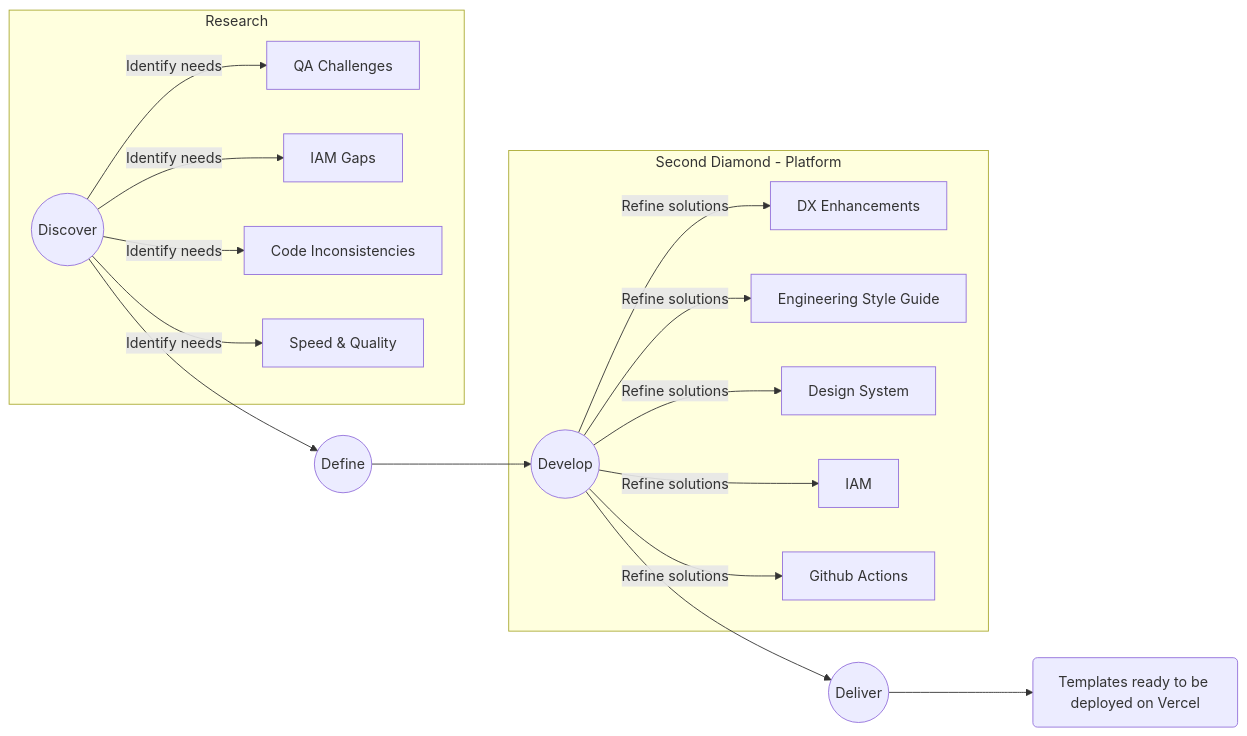
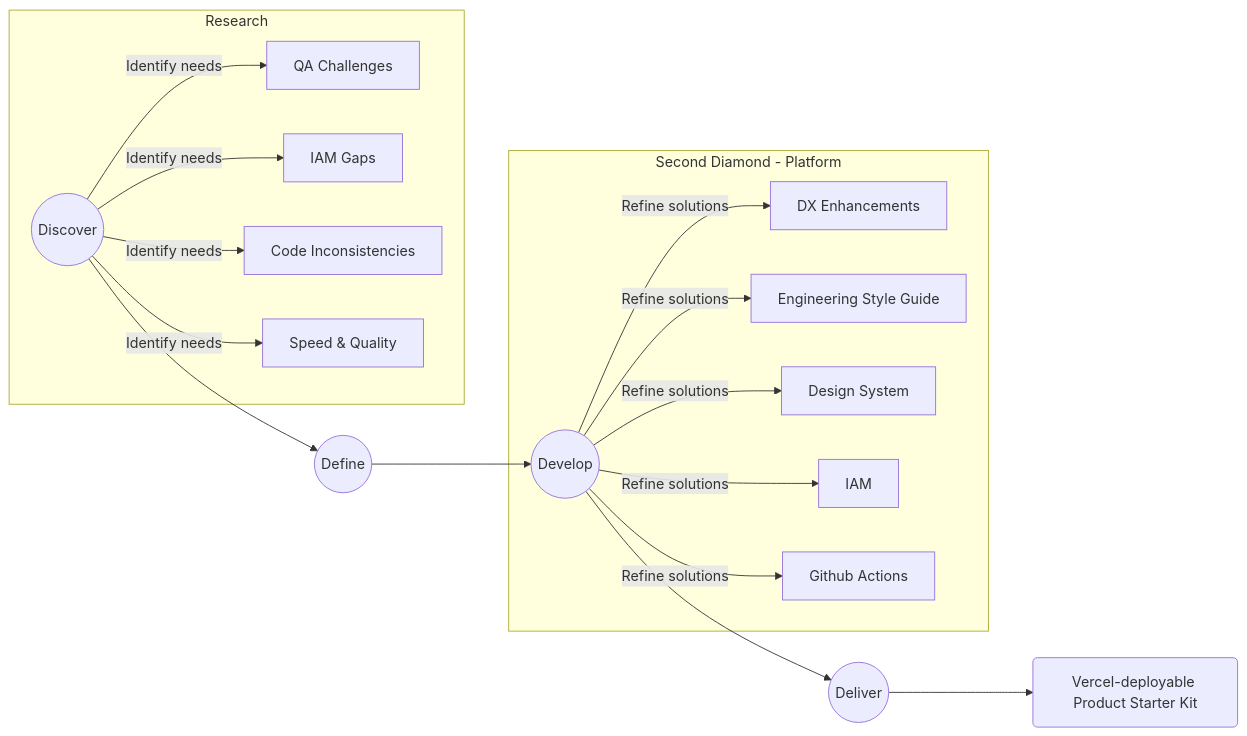
The third of 3 diagrams in Writerside/topics/Case-Study.md (Kurocado-Studio/platform), drawn with Mermaid before and after one commit. The commit also changed other lines of this file and 25 other files, not shown here.

````diff
--- a/Writerside/topics/Case-Study.md
+++ b/Writerside/topics/Case-Study.md
@@ -251,25 +258,25 @@
 ```mermaid
 flowchart LR
   A((Discover)) --> B((Define))
   B --> C((Develop)) --> D((Deliver))
 
 %% First Diamond
   subgraph Research
     A --Identify needs--> QA[QA Challenges]
     A --Identify needs--> IAM[IAM Gaps]
     A --Identify needs--> DevOps[Code Inconsistencies]
     A --Identify needs--> Speed[Speed & Quality]
   end
 
 %% Platform
   subgraph Second Diamond - Platform
     C --Refine solutions--> DX[DX Enhancements]
     C --Refine solutions--> StyleGuide[Engineering Style Guide]
     C --Refine solutions--> DesignSystem[Design System]
     C --Refine solutions--> Identity[IAM]
     C --Refine solutions--> Actions[Github Actions]
   end
 
-  D --> F(Templates ready to be deployed on Vercel)
+  D --> F(Vercel-deployable Product Starter Kit)
 
 ```
````
